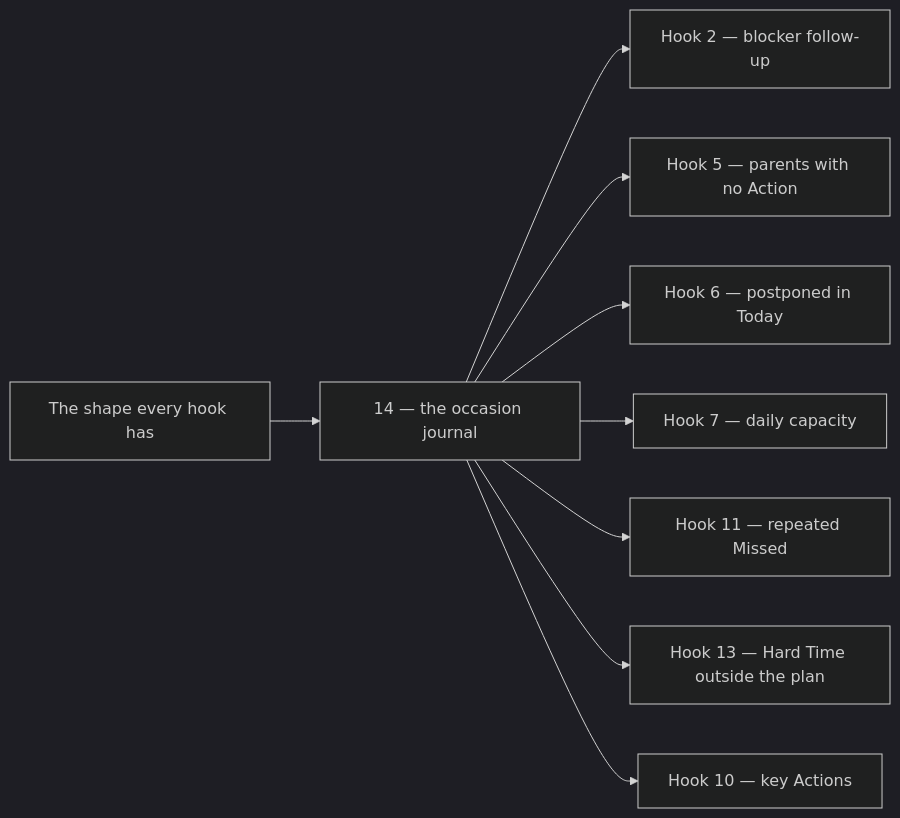
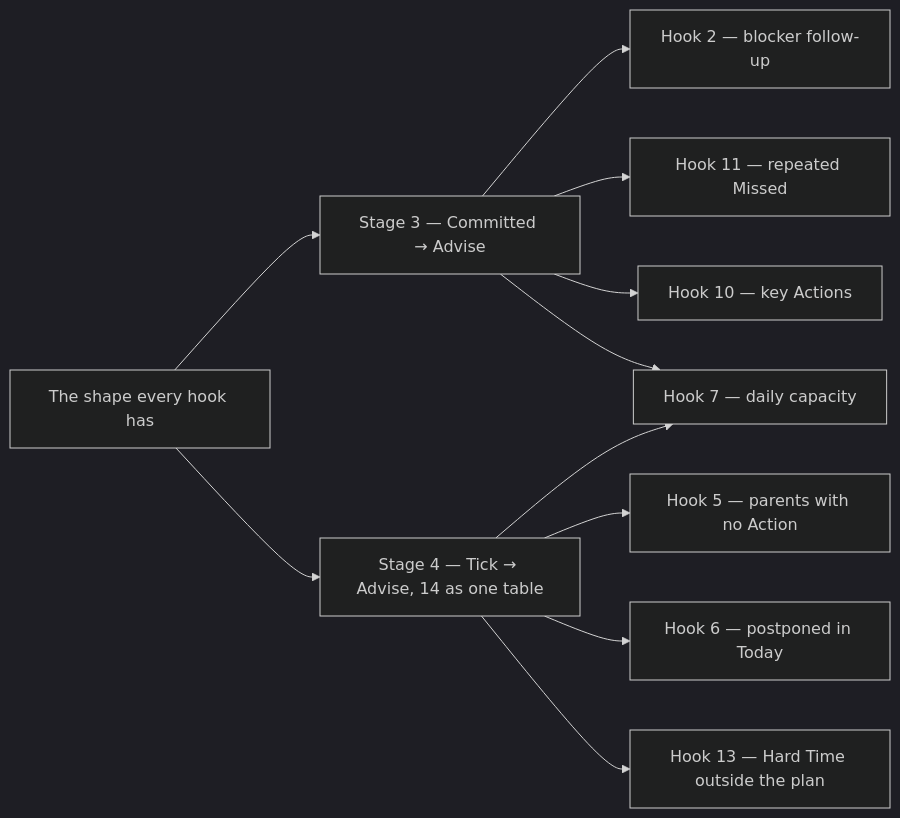
The diagram in docs/PLAN_FEATURES.md (myvaheed/tg-ai-safwa), drawn with Mermaid (dark theme) before and after one commit. The commit also changed other lines of this file and 2 other files, not shown here.

Commit message:
v9.57 an initiative is one request to the Advisor through a Cue; hooks on a schedule remember only when they asked

````diff
--- a/docs/PLAN_FEATURES.md
+++ b/docs/PLAN_FEATURES.md
@@ -168,14 +172,16 @@
 ```mermaid
 flowchart LR
   h5["Hook 5 — parents with no Action"]
   h7["Hook 7 — daily capacity"]
   h10["Hook 10 — key Actions"]
-  shape["The shape every hook has"] --> journal
-  journal["14 — the occasion journal"] --> h2["Hook 2 — blocker follow-up"]
-  journal --> h5
-  journal --> h6["Hook 6 — postponed in Today"]
-  journal --> h7
-  journal --> h11["Hook 11 — repeated Missed"]
-  journal --> h13["Hook 13 — Hard Time outside the plan"]
-  journal --> h10
+  shape["The shape every hook has"] --> committed["Stage 3 — Committed → Advise"]
+  shape --> tick["Stage 4 — Tick → Advise, 14 as one table"]
+  committed --> h2["Hook 2 — blocker follow-up"]
+  committed --> h11["Hook 11 — repeated Missed"]
+  committed --> h10
+  committed --> h7
+  tick --> h5
+  tick --> h6["Hook 6 — postponed in Today"]
+  tick --> h7
+  tick --> h13["Hook 13 — Hard Time outside the plan"]
 ```
````
